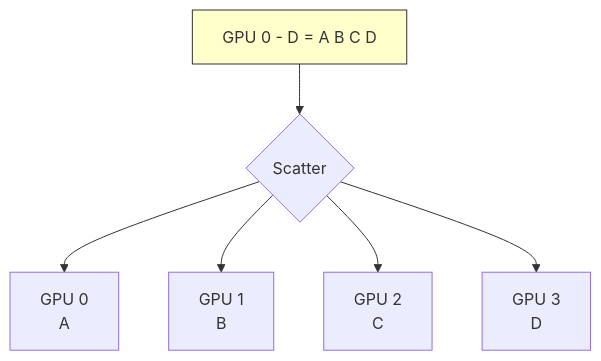
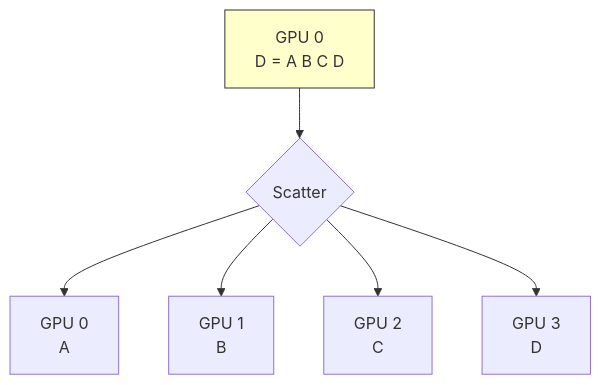
Before and after one commit to jianzhnie/ScaleTorch: the second of 8 diagrams in doc/分布式集合通信和通信原语.md, drawn with Mermaid. The commit also changed other lines of this file, not shown here.

````diff
--- a/doc/分布式集合通信和通信原语.md
+++ b/doc/分布式集合通信和通信原语.md
@@ -54,9 +54,9 @@
 ```mermaid
 graph TD
-    A[GPU 0 - D = A B C D] --> B{Scatter}
+    A[GPU 0 <br> D = A B C D] --> B{Scatter}
     B --> C[GPU 0 <br> A]
     B --> D[GPU 1 <br> B]
     B --> E[GPU 2 <br> C]
     B --> F[GPU 3 <br> D]
     style A fill:#ffc,stroke:#333
 ```
````
